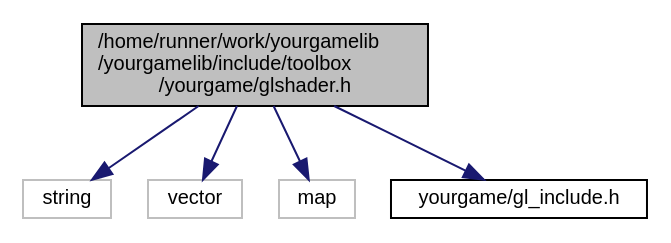
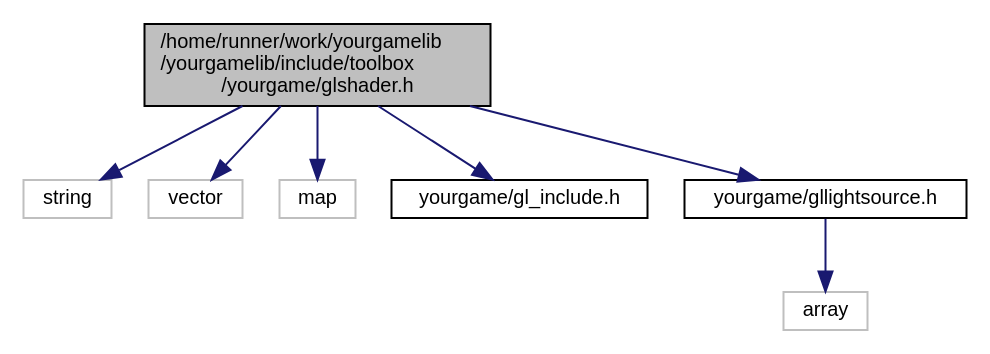
One commit to duddel/yourgamelib changed the diagram in glshader_8h__incl.dot. Above: the diagram before and after it, drawn with Graphviz. The commit also changed 73 other files, not shown here.

```diff
--- a/glshader_8h__incl.dot
+++ b/glshader_8h__incl.dot
@@ -1,14 +1,18 @@
 digraph "/home/runner/work/yourgamelib/yourgamelib/include/toolbox/yourgame/glshader.h"
 {
   edge [fontname="Helvetica",fontsize="10",labelfontname="Helvetica",labelfontsize="10"];
   node [fontname="Helvetica",fontsize="10",shape=record];
   Node0 [label="/home/runner/work/yourgamelib\l/yourgamelib/include/toolbox\l/yourgame/glshader.h",height=0.2,width=0.4,color="black", fillcolor="grey75", style="filled", fontcolor="black"];
   Node0 -> Node1 [color="midnightblue",fontsize="10",style="solid",fontname="Helvetica"];
   Node1 [label="string",height=0.2,width=0.4,color="grey75", fillcolor="white", style="filled"];
   Node0 -> Node2 [color="midnightblue",fontsize="10",style="solid",fontname="Helvetica"];
   Node2 [label="vector",height=0.2,width=0.4,color="grey75", fillcolor="white", style="filled"];
   Node0 -> Node3 [color="midnightblue",fontsize="10",style="solid",fontname="Helvetica"];
   Node3 [label="map",height=0.2,width=0.4,color="grey75", fillcolor="white", style="filled"];
   Node0 -> Node4 [color="midnightblue",fontsize="10",style="solid",fontname="Helvetica"];
   Node4 [label="yourgame/gl_include.h",height=0.2,width=0.4,color="black", fillcolor="white", style="filled",URL="$gl__include_8h.html"];
+  Node0 -> Node5 [color="midnightblue",fontsize="10",style="solid",fontname="Helvetica"];
+  Node5 [label="yourgame/gllightsource.h",height=0.2,width=0.4,color="black", fillcolor="white", style="filled",URL="$gllightsource_8h.html"];
+  Node5 -> Node6 [color="midnightblue",fontsize="10",style="solid",fontname="Helvetica"];
+  Node6 [label="array",height=0.2,width=0.4,color="grey75", fillcolor="white", style="filled"];
 }
```
